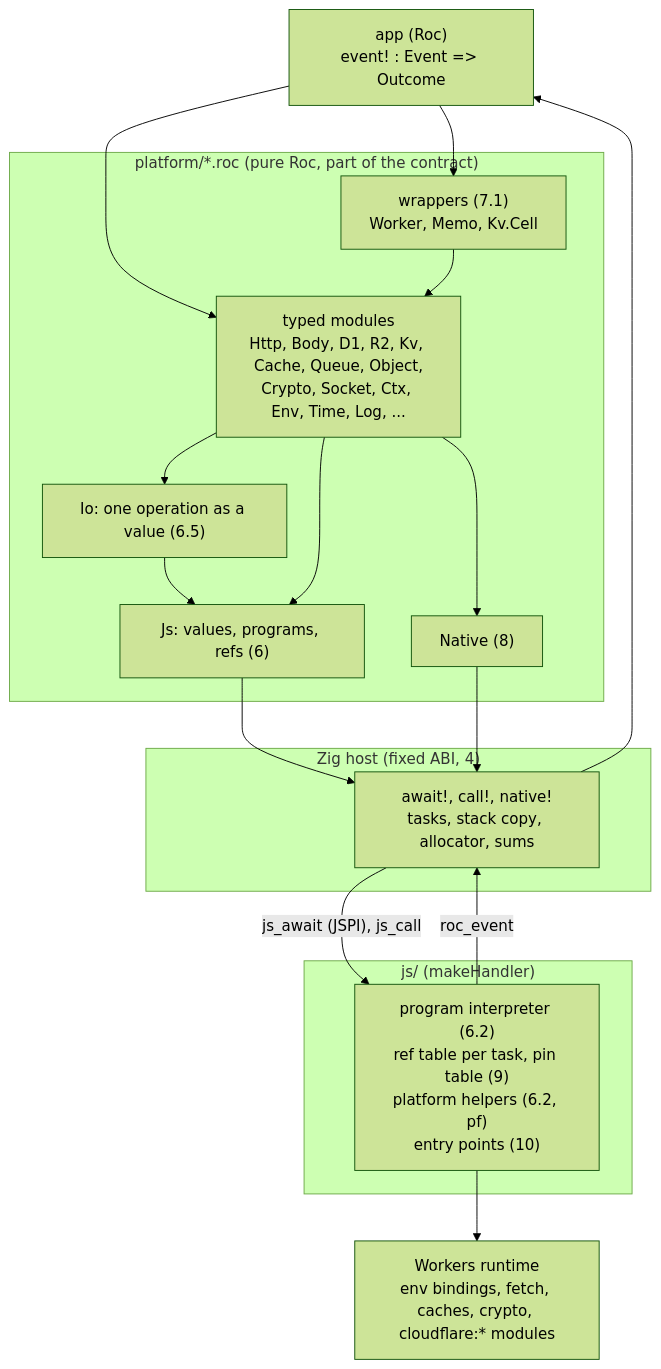
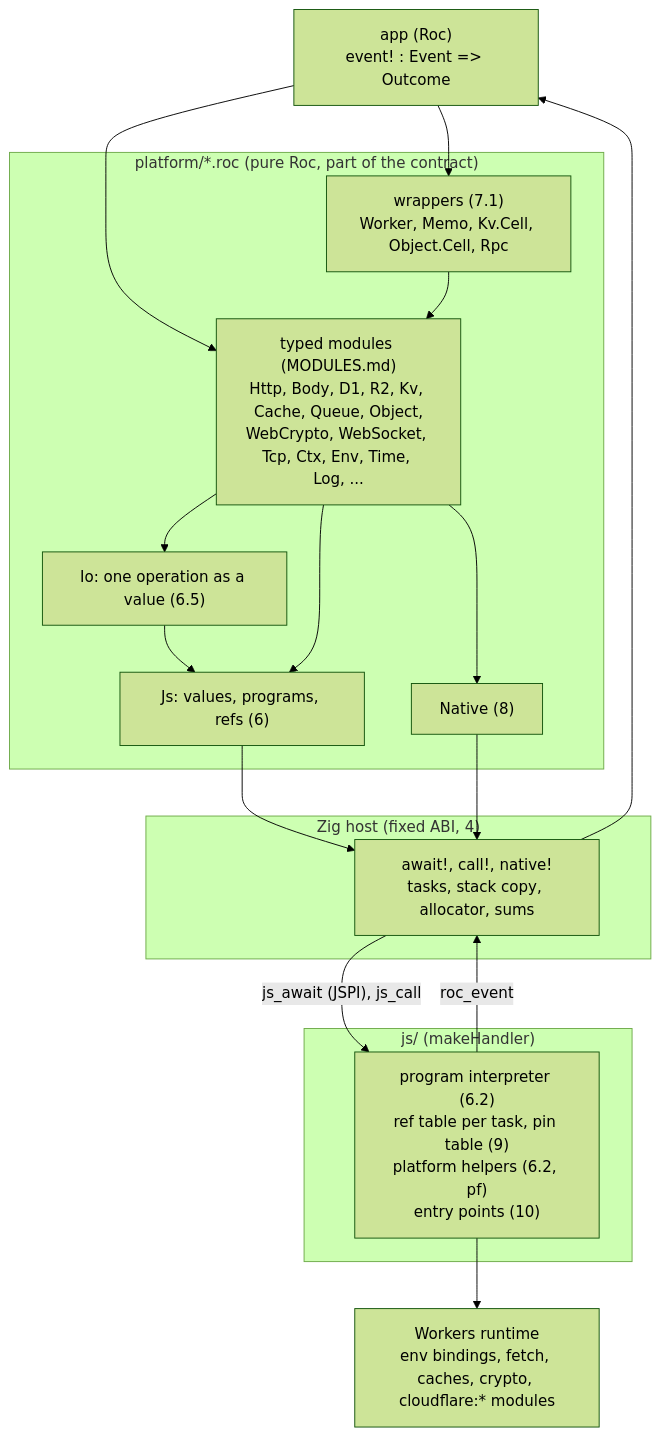
The diagram in API.md (Karakatiza666/roc-cloudflare-workers), drawn with Mermaid (forest theme) before and after one commit. The commit also changed other lines of this file and 37 other files, not shown here.

First line of the commit message:
Add the module API, CBOR for typed data and the WebSocket design

````diff
--- a/API.md
+++ b/API.md
@@ -68,31 +68,31 @@
 ```mermaid
 flowchart TB
     APP["app (Roc)<br/>event! : Event => Outcome"]
     subgraph PF["platform/*.roc (pure Roc, part of the contract)"]
-        WR["wrappers (7.1)<br/>Worker, Memo, Kv.Cell"]
-        MOD["typed modules<br/>Http, Body, D1, R2, Kv, Cache, Queue, Object,<br/>Crypto, Socket, Ctx, Env, Time, Log, ..."]
+        WR["wrappers (7.1)<br/>Worker, Memo, Kv.Cell, Object.Cell, Rpc"]
+        MOD["typed modules (MODULES.md)<br/>Http, Body, D1, R2, Kv, Cache, Queue, Object,<br/>WebCrypto, WebSocket, Tcp, Ctx, Env, Time, Log, ..."]
         IO["Io: one operation as a value (6.5)"]
         JSM["Js: values, programs, refs (6)"]
         NAT["Native (8)"]
     end
     subgraph HOST["Zig host (fixed ABI, 4)"]
         H["await!, call!, native!<br/>tasks, stack copy, allocator, sums"]
     end
     subgraph SHIM["js/ (makeHandler)"]
         J["program interpreter (6.2)<br/>ref table per task, pin table (9)<br/>platform helpers (6.2, pf)<br/>entry points (10)"]
     end
     W["Workers runtime<br/>env bindings, fetch, caches, crypto, cloudflare:* modules"]
     APP --> WR
     APP --> MOD
     WR --> MOD
     MOD --> IO
     IO --> JSM
     MOD --> JSM
     MOD --> NAT
     JSM --> H
     NAT --> H
     H -->|"js_await (JSPI), js_call"| J
     J --> W
     J -->|"roc_event"| H
     H --> APP
 ```
````
